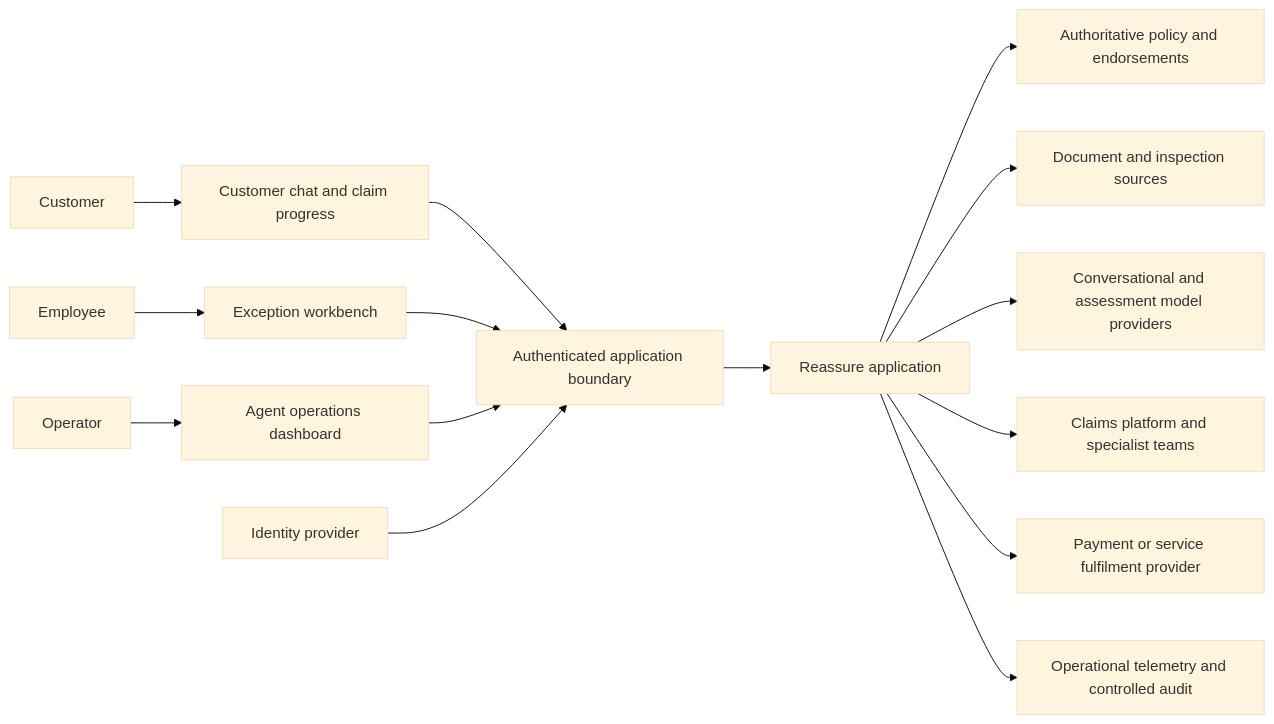
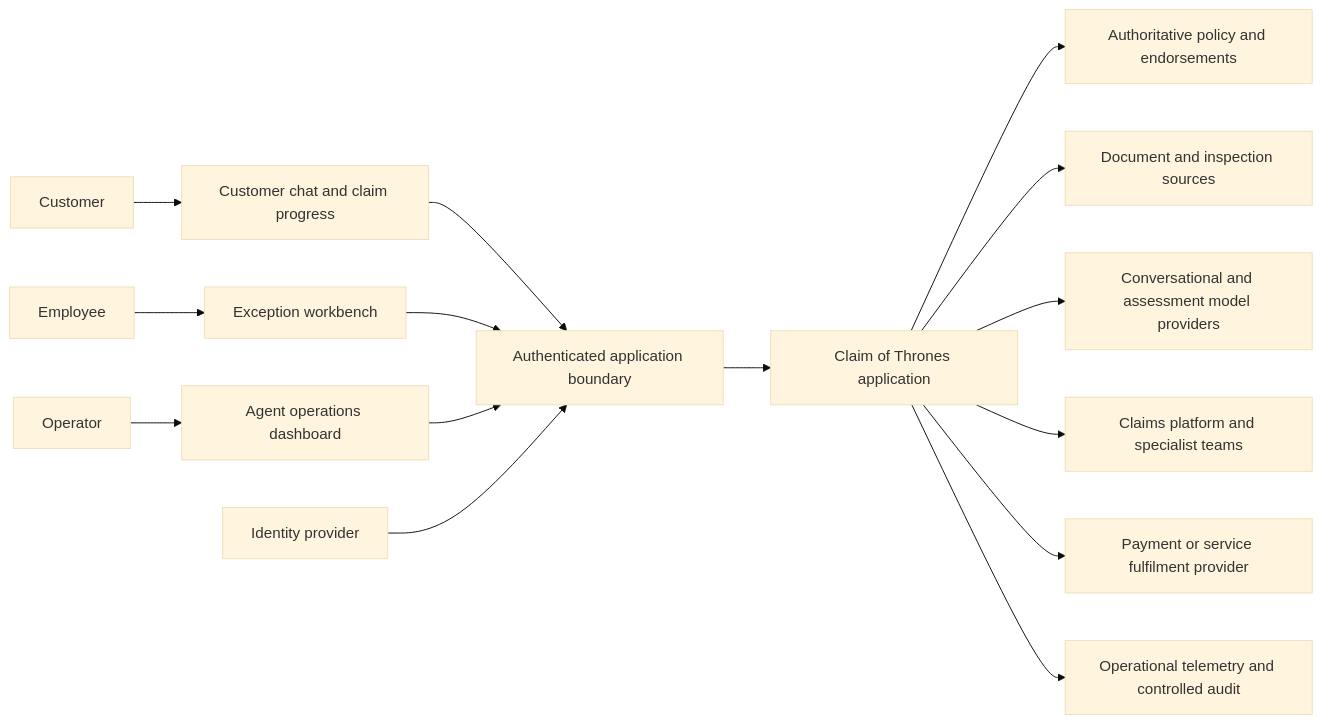
One commit to niksacdev/jev-sample changed the first of 6 diagrams in docs/system-design.md. Above: the diagram before and after it, drawn with Mermaid (base theme). The commit also changed other lines of this file and 43 other files, not shown here.

````diff
--- a/docs/system-design.md
+++ b/docs/system-design.md
@@ -58,17 +58,17 @@
 ```mermaid
 flowchart LR
     C[Customer] --> CX[Customer chat and claim progress]
     E[Employee] --> EX[Exception workbench]
     O[Operator] --> OX[Agent operations dashboard]
     CX --> Edge[Authenticated application boundary]
     EX --> Edge
     OX --> Edge
-    Edge --> App[Reassure application]
+    Edge --> App[Claim of Thrones application]
     IdP[Identity provider] --> Edge
     App --> Policy[Authoritative policy and endorsements]
     App --> Evidence[Document and inspection sources]
     App --> Models[Conversational and assessment model providers]
     App --> Claims[Claims platform and specialist teams]
     App --> Payments[Payment or service fulfilment provider]
     App --> Signals[Operational telemetry and controlled audit]
 ```
````
